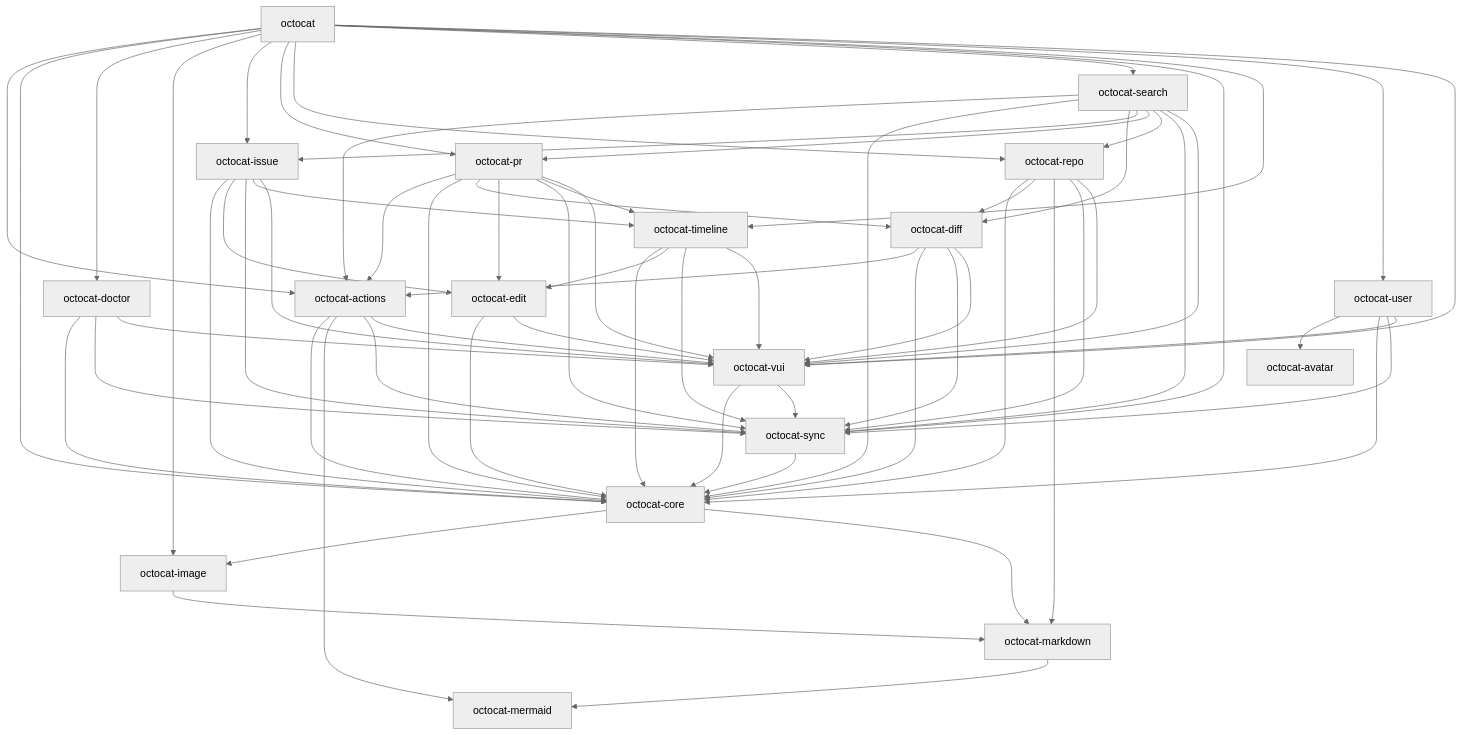
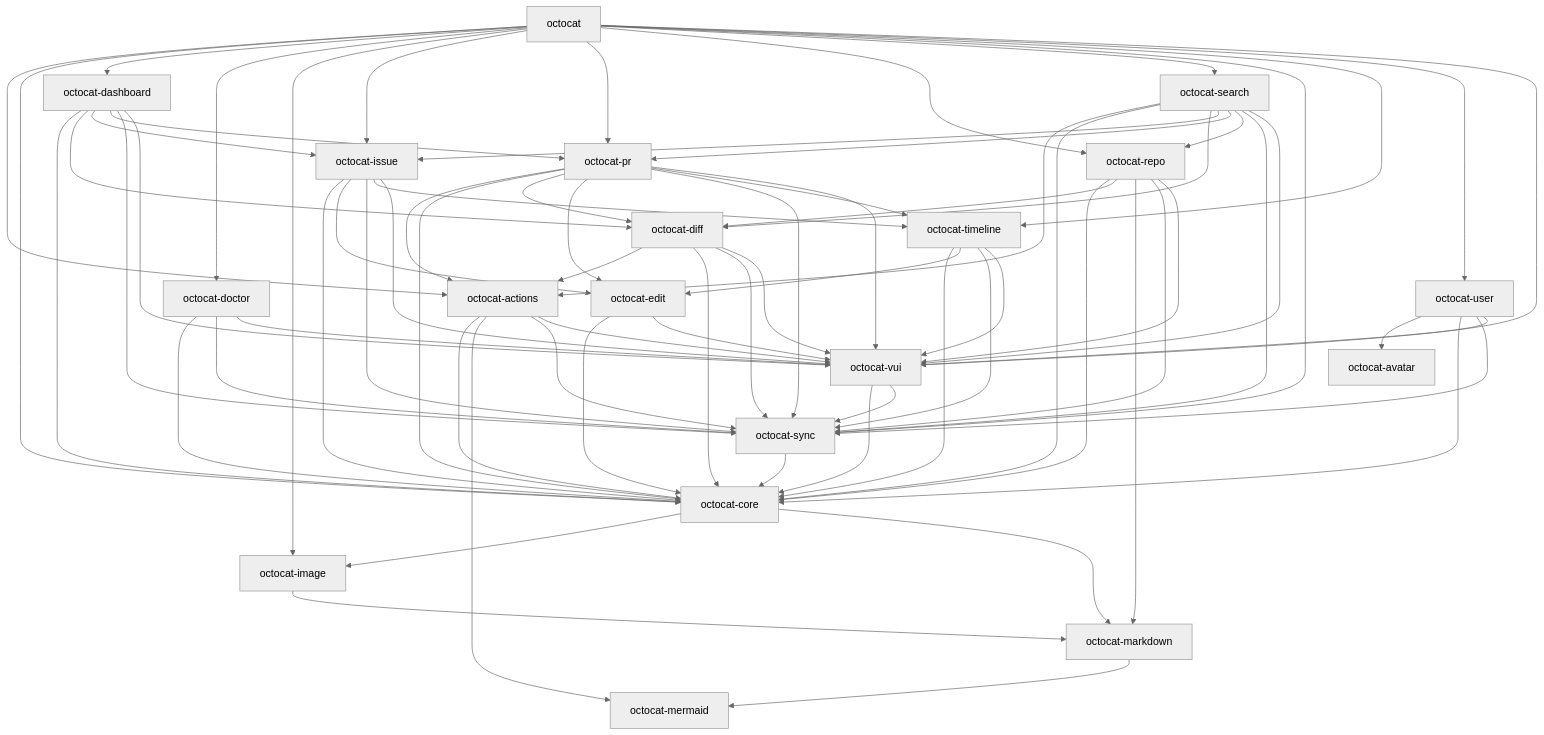
One commit to razzmatazz/octocat.el changed the first of 2 diagrams in docs/architecture.md. Above: the diagram before and after it, drawn with Mermaid (neutral theme). The commit also changed other lines of this file and 6 other files, not shown here.

First line of the commit message:
Move the dashboard out of octocat.el into octocat-dashboard

```diff
--- a/docs/architecture.md
+++ b/docs/architecture.md
@@ -51,6 +52,7 @@
   octocat_actions[octocat-actions]
   octocat_avatar[octocat-avatar]
   octocat_core[octocat-core]
+  octocat_dashboard[octocat-dashboard]
   octocat_diff[octocat-diff]
   octocat_doctor[octocat-doctor]
   octocat_edit[octocat-edit]
@@ -72,6 +74,12 @@
   octocat_actions --> octocat_vui
   octocat_core --> octocat_image
   octocat_core --> octocat_markdown
+  octocat_dashboard --> octocat_core
+  octocat_dashboard --> octocat_diff
+  octocat_dashboard --> octocat_issue
+  octocat_dashboard --> octocat_pr
+  octocat_dashboard --> octocat_sync
+  octocat_dashboard --> octocat_vui
   octocat_diff --> octocat_actions
   octocat_diff --> octocat_core
   octocat_diff --> octocat_sync
@@ -121,6 +129,7 @@
   octocat_vui --> octocat_sync
   octocat --> octocat_actions
   octocat --> octocat_core
+  octocat --> octocat_dashboard
   octocat --> octocat_doctor
   octocat --> octocat_image
   octocat --> octocat_issue
```
